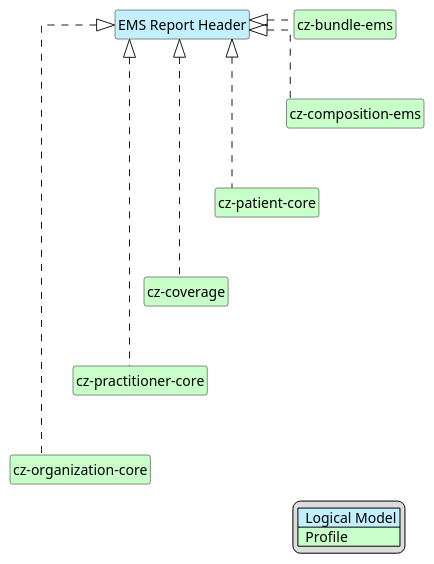
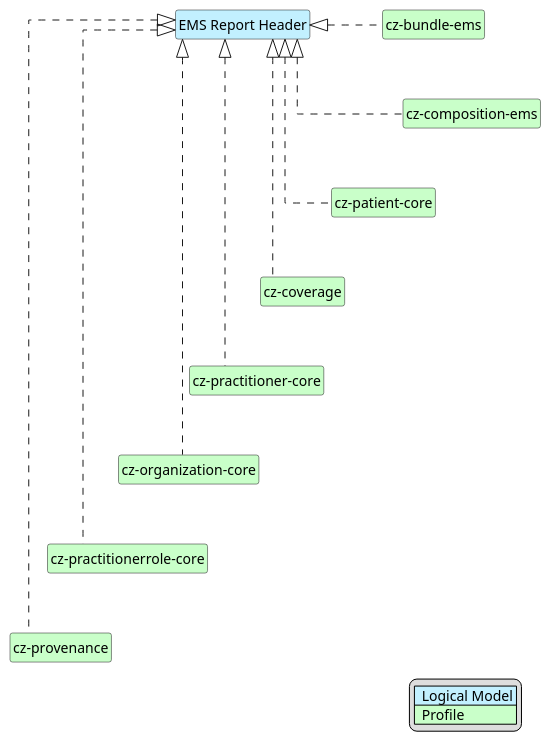
The diagram in input/images-source/emsHead-map.plantuml (HL7-cz/cz-ems), drawn with PlantUML before and after one commit. The commit also changed 8 other files, not shown here.

```diff
--- a/input/images-source/emsHead-map.plantuml
+++ b/input/images-source/emsHead-map.plantuml
@@ -1,36 +1,42 @@
 @startuml
 hide circle
 hide stereotype
 hide members
 hide methods
 skinparam linetype ortho
 skinparam class {
 BackgroundColor<<LogicalModel>> #APPLICATION
 BackgroundColor<<Profile>> #TECHNOLOGY
 }
 legend right
 | <#APPLICATION>  Logical Model |
 | <#TECHNOLOGY>  Profile |
 endlegend
 class "EMS Report Header" <<LogicalModel>> [[StructureDefinition-HeaderEmsCz.html]]
 
 class "cz-organization-core" <<Profile>> [[https://build.fhir.org/ig/HL7-cz/cz-core/StructureDefinition-cz-organization-core.html]]
 class "cz-coverage" <<Profile>> [[https://build.fhir.org/ig/HL7-cz/cz-core/StructureDefinition-cz-coverage.html]]
 class "cz-patient-core" <<Profile>> [[https://build.fhir.org/ig/HL7-cz/cz-core/StructureDefinition-cz-patient-core.html]]
 class "cz-practitioner-core" <<Profile>> [[https://build.fhir.org/ig/HL7-cz/cz-core/StructureDefinition-cz-practitioner-core.html]]
+class "cz-practitionerrole-core" <<Profile>> [[https://build.fhir.org/ig/HL7-cz/cz-core/StructureDefinition-cz-practitionerrole-core.html]]
+class "cz-provenance" <<Profile>> [[https://build.fhir.org/ig/HL7-cz/cz-core/StructureDefinition-cz-provenance.html]]
 class "cz-bundle-ems" <<Profile>> [[StructureDefinition-cz-bundle-ems.html]]
 class "cz-composition-ems" <<Profile>> [[StructureDefinition-cz-composition-ems.html]]
 
 "EMS Report Header" <|. "cz-composition-ems"
 "EMS Report Header" <|. "cz-bundle-ems"
 "EMS Report Header" <|. "cz-patient-core"
 "EMS Report Header" <|. "cz-coverage"
 "EMS Report Header" <|. "cz-practitioner-core"
 "EMS Report Header" <|. "cz-organization-core"
+"EMS Report Header" <|. "cz-practitionerrole-core"
+"EMS Report Header" <|. "cz-provenance"
 
 "cz-bundle-ems" -d[hidden]-> "cz-composition-ems"
 "cz-composition-ems" -d[hidden]-> "cz-patient-core"
 "cz-patient-core" -d[hidden]-> "cz-coverage"
 "cz-coverage" -d[hidden]-> "cz-practitioner-core"
 "cz-practitioner-core" -d[hidden]-> "cz-organization-core"
+"cz-organization-core" -d[hidden]-> "cz-practitionerrole-core"
+"cz-practitionerrole-core" -d[hidden]-> "cz-provenance"
 @enduml
```
